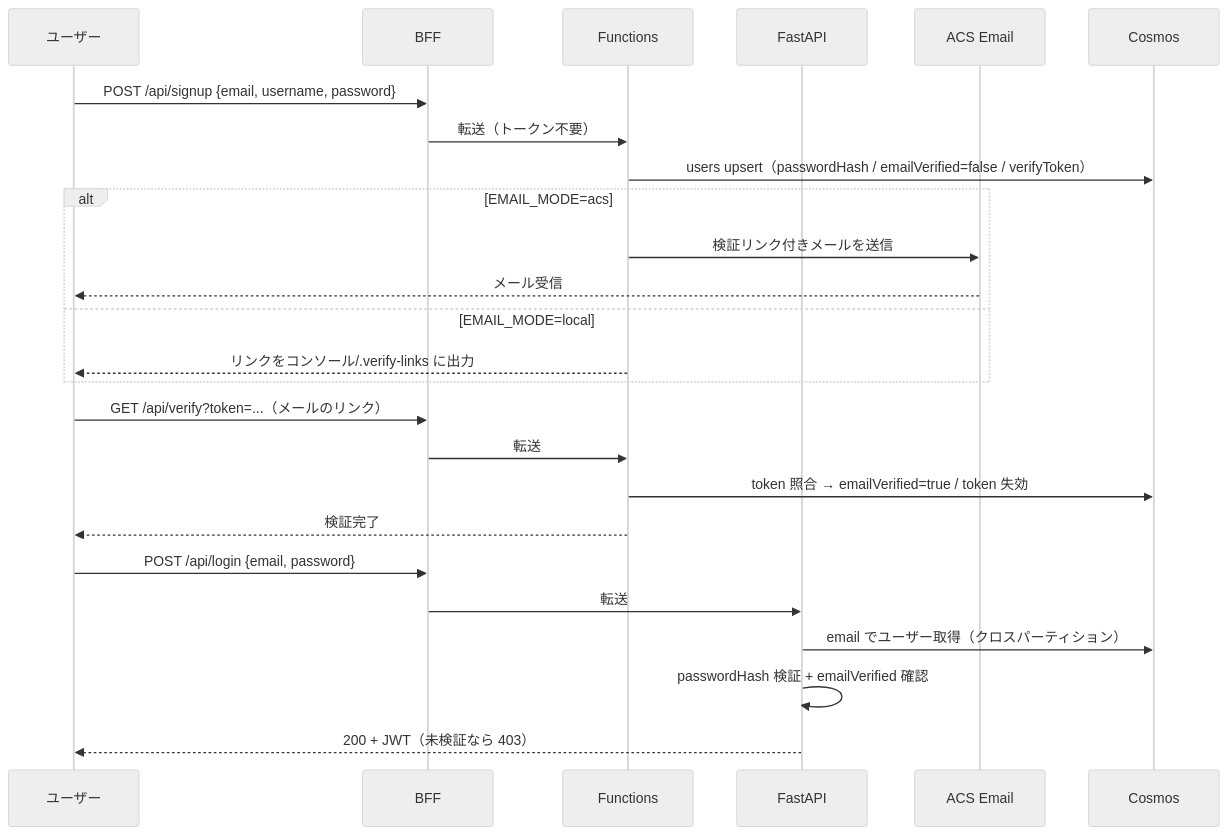
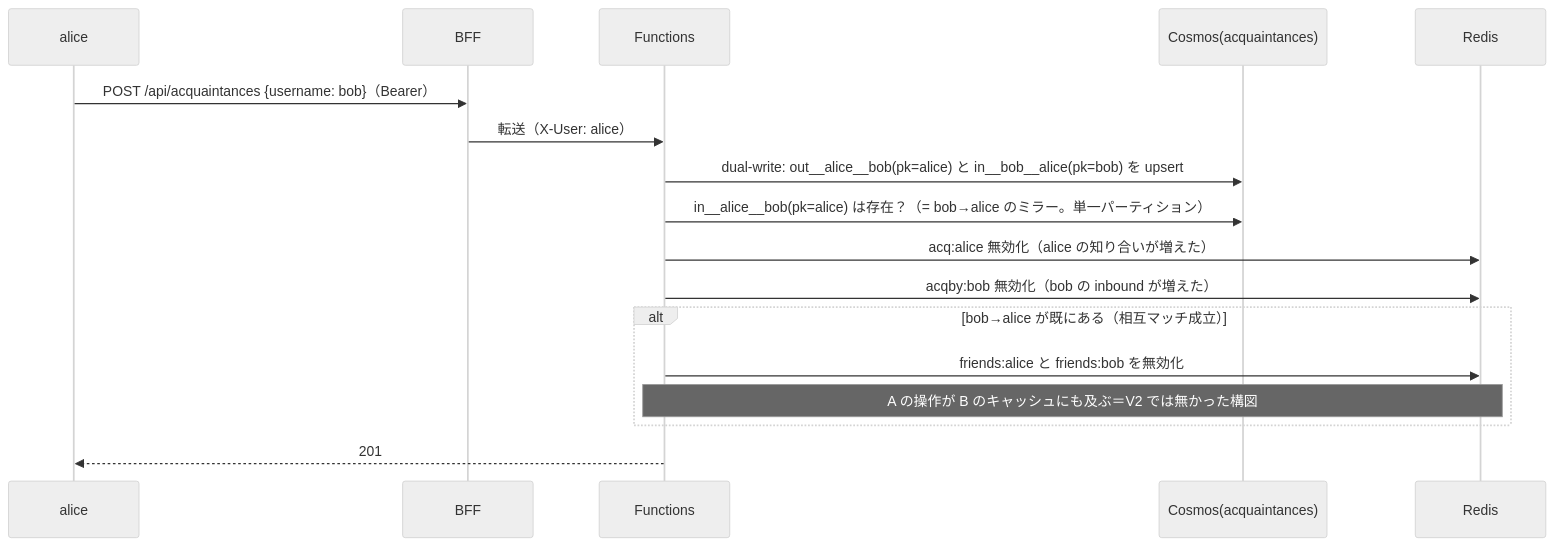
Before and after one commit to fdshg693/azure-weekly-study: the second of 5 diagrams in projects/message_app/MERMAID.md, drawn with Mermaid (neutral theme). The commit also changed other lines of this file and 4 other files, not shown here.

````diff
--- a/projects/message_app/MERMAID.md
+++ b/projects/message_app/MERMAID.md
@@ -30,30 +31,20 @@
 ```mermaid
 sequenceDiagram
-  participant U as ユーザー
+  participant A as alice
   participant BFF
   participant FUNC as Functions
-  participant API as FastAPI
-  participant ACS as ACS Email
-  participant COSMOS as Cosmos
+  participant COSMOS as Cosmos(acquaintances)
+  participant REDIS as Redis
 
-  U->>BFF: POST /api/signup {email, username, password}
-  BFF->>FUNC: 転送（トークン不要）
-  FUNC->>COSMOS: users upsert（passwordHash / emailVerified=false / verifyToken）
-  alt EMAIL_MODE=acs
-    FUNC->>ACS: 検証リンク付きメールを送信
-    ACS-->>U: メール受信
-  else EMAIL_MODE=local
-    FUNC-->>U: リンクをコンソール/.verify-links に出力
+  A->>BFF: POST /api/acquaintances {username: bob}（Bearer）
+  BFF->>FUNC: 転送（X-User: alice）
+  FUNC->>COSMOS: dual-write: out__alice__bob(pk=alice) と in__bob__alice(pk=bob) を upsert
+  FUNC->>COSMOS: in__alice__bob(pk=alice) は存在？（= bob→alice のミラー。単一パーティション）
+  FUNC->>REDIS: acq:alice 無効化（alice の知り合いが増えた）
+  FUNC->>REDIS: acqby:bob 無効化（bob の inbound が増えた）
+  alt bob→alice が既にある（相互マッチ成立）
+    FUNC->>REDIS: friends:alice と friends:bob を無効化
+    Note over FUNC,REDIS: A の操作が B のキャッシュにも及ぶ＝V2 では無かった構図
   end
-
-  U->>BFF: GET /api/verify?token=...（メールのリンク）
-  BFF->>FUNC: 転送
-  FUNC->>COSMOS: token 照合 → emailVerified=true / token 失効
-  FUNC-->>U: 検証完了
-
-  U->>BFF: POST /api/login {email, password}
-  BFF->>API: 転送
-  API->>COSMOS: email でユーザー取得（クロスパーティション）
-  API->>API: passwordHash 検証 + emailVerified 確認
-  API-->>U: 200 + JWT（未検証なら 403）
+  FUNC-->>A: 201
 ```
````
